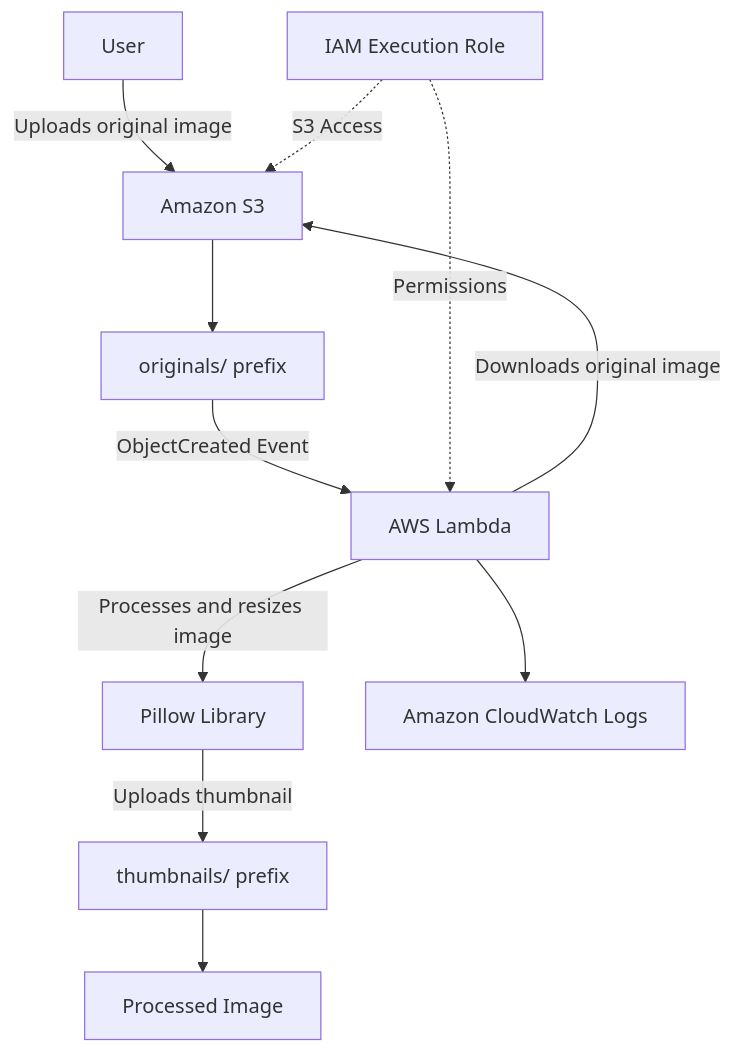
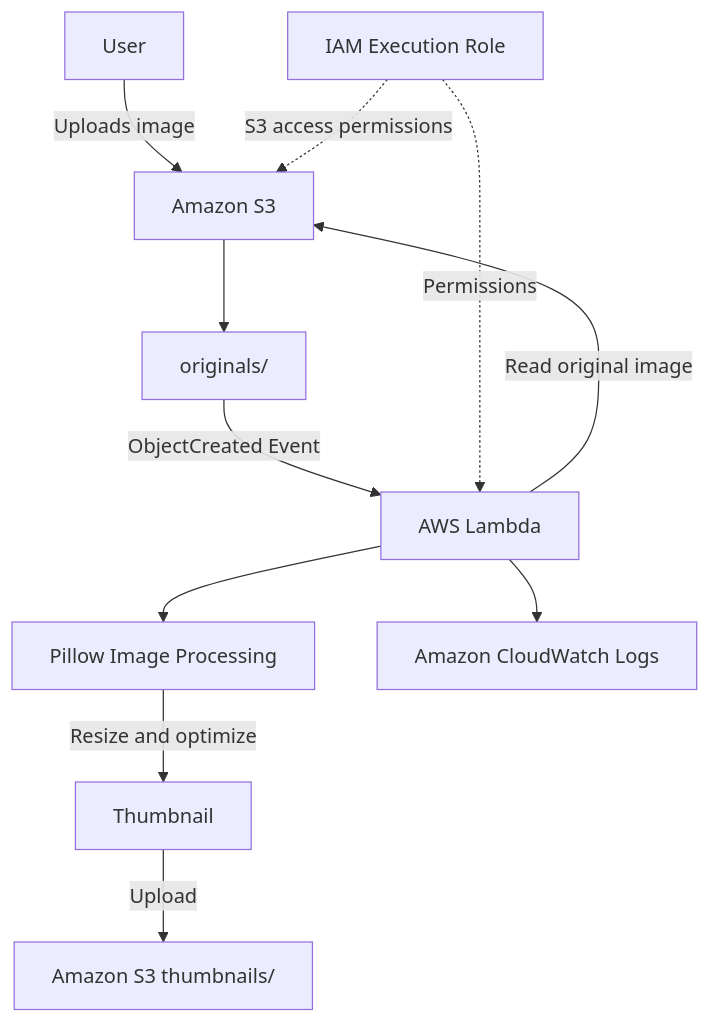
Before and after one commit to masoud-shafiezadeh-neyestanak/aws-cloud-learning-and-projects: the diagram in 04-cloud-projects/project-01-serverless-image-processing/architecture/architecture.md, drawn with Mermaid. The commit also changed other lines of this file, not shown here.

````diff
--- a/04-cloud-projects/project-01-serverless-image-processing/architecture/architecture.md
+++ b/04-cloud-projects/project-01-serverless-image-processing/architecture/architecture.md
@@ -11,13 +13,13 @@
 ```mermaid
 flowchart TD
-    A[User] -->|Uploads original image| B[Amazon S3]
-    B --> C[originals/ prefix]
+    A[User] -->|Uploads image| B[Amazon S3]
+    B --> C[originals/]
     C -->|ObjectCreated Event| D[AWS Lambda]
-    D -->|Downloads original image| B
-    D -->|Processes and resizes image| E[Pillow Library]
-    E -->|Uploads thumbnail| F[thumbnails/ prefix]
-    F --> G[Processed Image]
+    D -->|Read original image| B
+    D --> E[Pillow Image Processing]
+    E -->|Resize and optimize| F[Thumbnail]
+    F -->|Upload| G[Amazon S3 thumbnails/]
     D --> H[Amazon CloudWatch Logs]
     I[IAM Execution Role] -.->|Permissions| D
-    I -.->|S3 Access| B
+    I -.->|S3 access permissions| B
 ```
````
